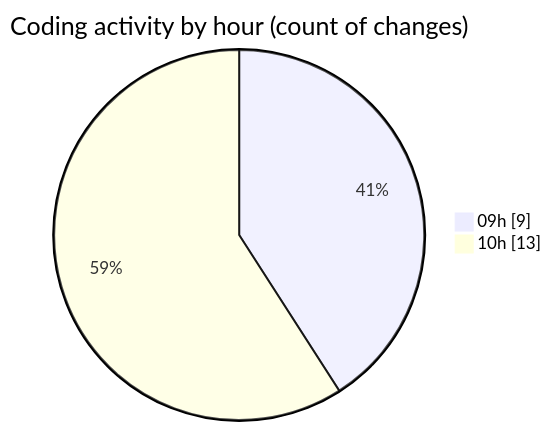
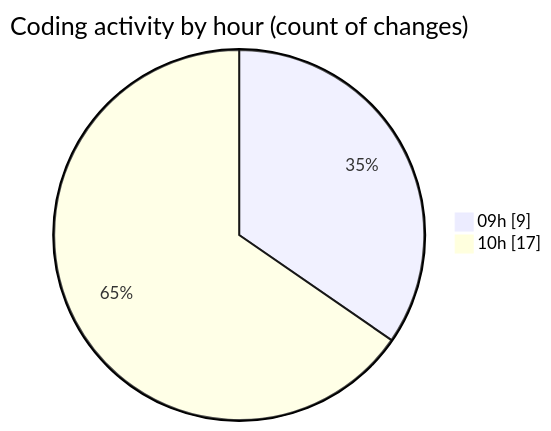
Before and after one commit to momahboobian/code-tracking: the second of 2 diagrams in 2025-09-18/cda/README.md, drawn with Mermaid. The commit also changed other lines of this file and 1 other file, not shown here.

````diff
--- a/2025-09-18/cda/README.md
+++ b/2025-09-18/cda/README.md
@@ -34,6 +34,6 @@
 ```mermaid
 pie showData
 title Coding activity by hour (count of changes)
 "09h" : 9
-"10h" : 13
+"10h" : 17
 ```
````
